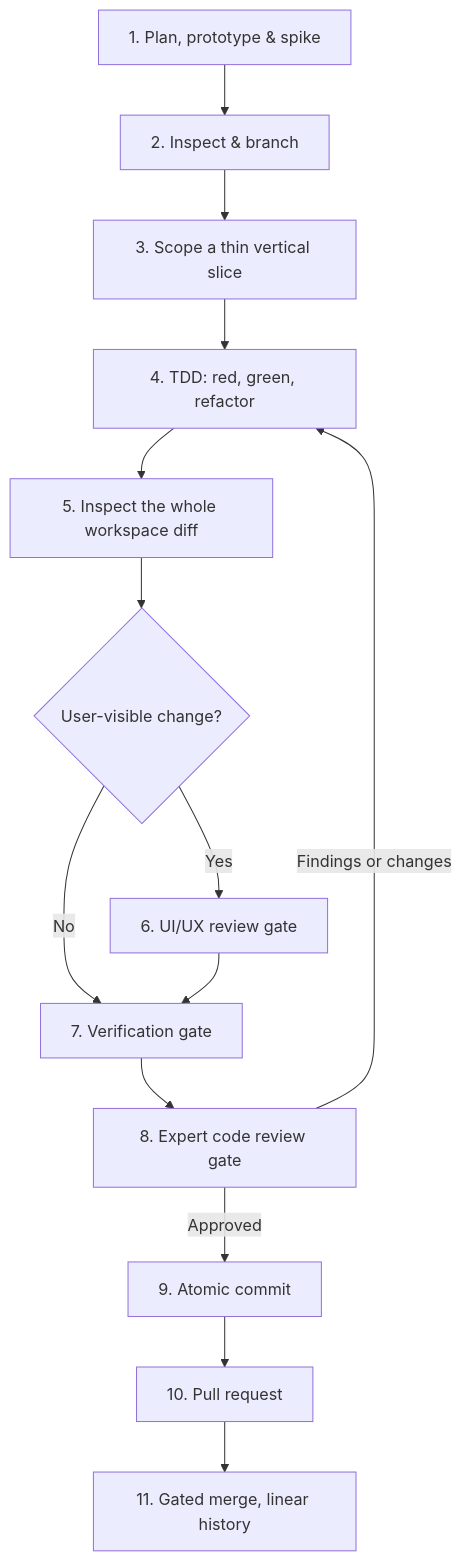
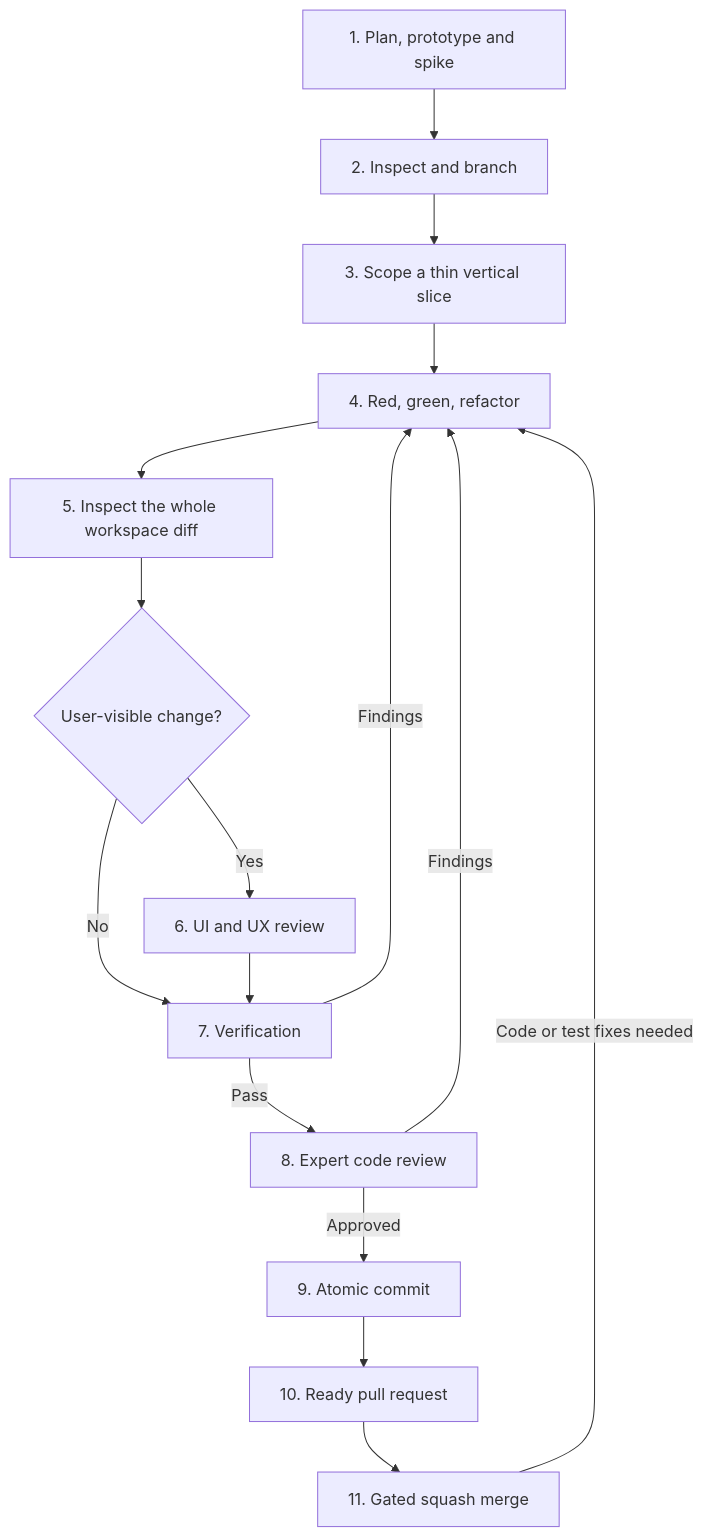
One commit to scottdensmore/Cakebrew changed the diagram in AGENTS.md. Above: the diagram before and after it, drawn with Mermaid. The commit also changed other lines of this file and 15 other files, not shown here.

````diff
--- a/AGENTS.md
+++ b/AGENTS.md
@@ -19,16 +11,18 @@
 ```mermaid
 flowchart TD
-    A[1. Plan, prototype & spike] --> B[2. Inspect & branch]
+    A[1. Plan, prototype and spike] --> B[2. Inspect and branch]
     B --> C[3. Scope a thin vertical slice]
-    C --> D[4. TDD: red, green, refactor]
+    C --> D[4. Red, green, refactor]
     D --> E[5. Inspect the whole workspace diff]
     E --> F{User-visible change?}
-    F -- Yes --> G[6. UI/UX review gate]
-    F -- No --> H[7. Verification gate]
+    F -- Yes --> G[6. UI and UX review]
+    F -- No --> H[7. Verification]
     G --> H
-    H --> I[8. Expert code review gate]
-    I -- Findings or changes --> D
+    H -- Findings --> D
+    H -- Pass --> I[8. Expert code review]
+    I -- Findings --> D
     I -- Approved --> J[9. Atomic commit]
-    J --> K[10. Pull request]
-    K --> L[11. Gated merge, linear history]
+    J --> K[10. Ready pull request]
+    K --> L[11. Gated squash merge]
+    L -- Code or test fixes needed --> D
 ```
````
